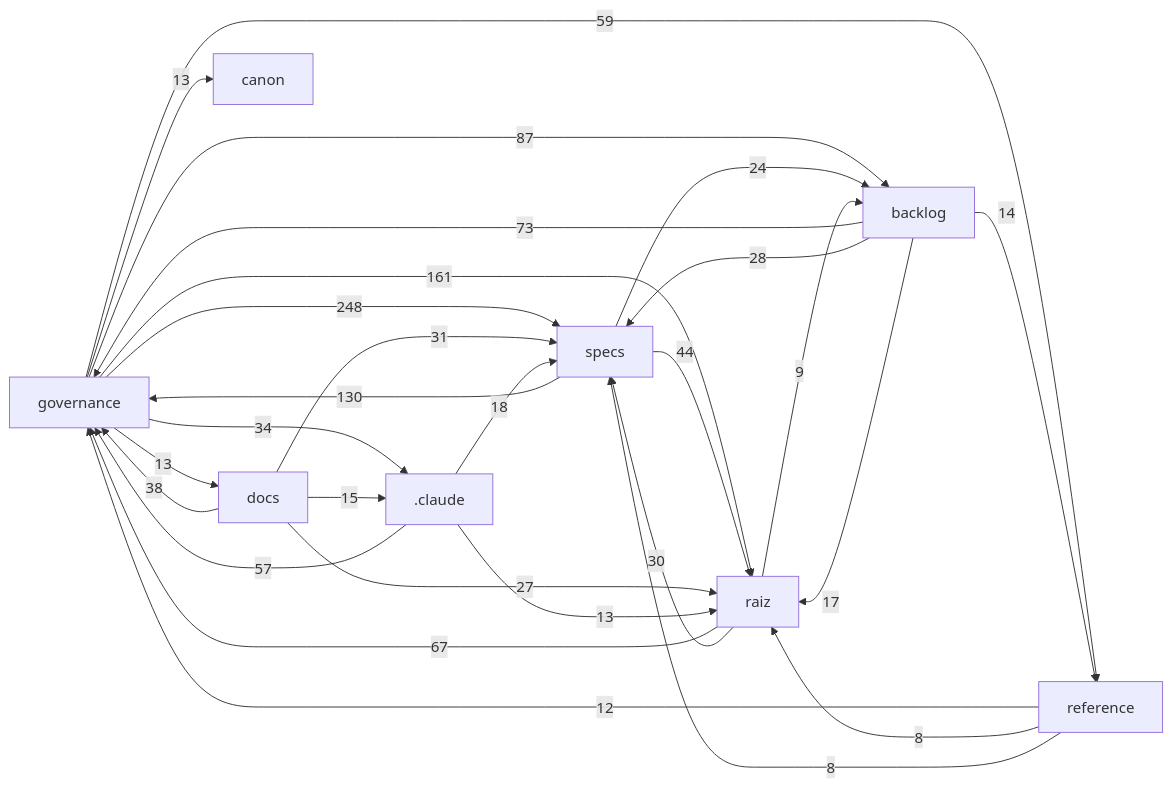
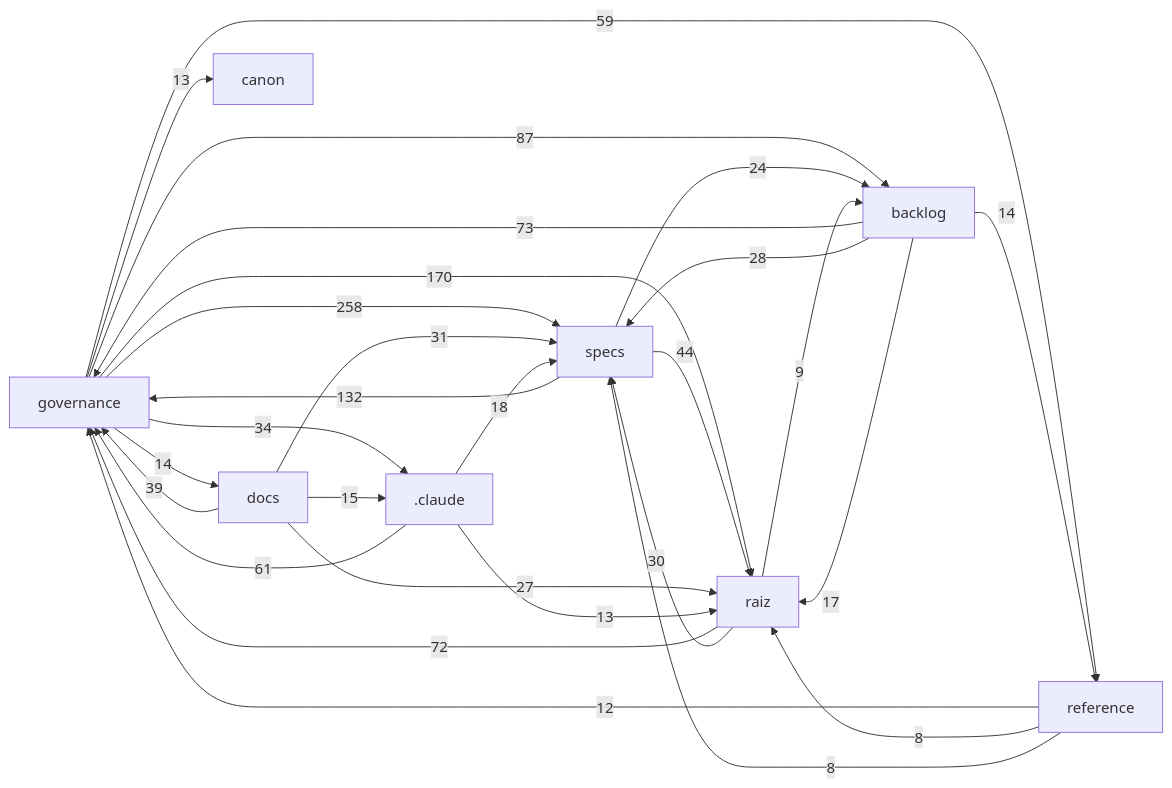
The diagram in docs/mapa/MAPA-PROJETO.md (Andraus35/Sistema-Operacional-de-Trading--SOT), drawn with Mermaid before and after one commit. The commit also changed other lines of this file and 19 other files, not shown here.

````diff
--- a/docs/mapa/MAPA-PROJETO.md
+++ b/docs/mapa/MAPA-PROJETO.md
@@ -30,30 +30,30 @@
 ```mermaid
 flowchart LR
-  governance["governance"] -->|248| specs["specs"]
-  governance["governance"] -->|161| raiz["raiz"]
-  specs["specs"] -->|130| governance["governance"]
+  governance["governance"] -->|258| specs["specs"]
+  governance["governance"] -->|170| raiz["raiz"]
+  specs["specs"] -->|132| governance["governance"]
   governance["governance"] -->|87| backlog["backlog"]
   backlog["backlog"] -->|73| governance["governance"]
-  raiz["raiz"] -->|67| governance["governance"]
+  raiz["raiz"] -->|72| governance["governance"]
+  _claude[".claude"] -->|61| governance["governance"]
   governance["governance"] -->|59| reference["reference"]
-  _claude[".claude"] -->|57| governance["governance"]
   specs["specs"] -->|44| raiz["raiz"]
-  docs["docs"] -->|38| governance["governance"]
+  docs["docs"] -->|39| governance["governance"]
   governance["governance"] -->|34| _claude[".claude"]
   docs["docs"] -->|31| specs["specs"]
   raiz["raiz"] -->|30| specs["specs"]
   backlog["backlog"] -->|28| specs["specs"]
   docs["docs"] -->|27| raiz["raiz"]
   specs["specs"] -->|24| backlog["backlog"]
   _claude[".claude"] -->|18| specs["specs"]
   backlog["backlog"] -->|17| raiz["raiz"]
   docs["docs"] -->|15| _claude[".claude"]
   backlog["backlog"] -->|14| reference["reference"]
+  governance["governance"] -->|14| docs["docs"]
   _claude[".claude"] -->|13| raiz["raiz"]
-  governance["governance"] -->|13| docs["docs"]
   governance["governance"] -->|13| canon["canon"]
   reference["reference"] -->|12| governance["governance"]
   raiz["raiz"] -->|9| backlog["backlog"]
   reference["reference"] -->|8| raiz["raiz"]
   reference["reference"] -->|8| specs["specs"]
 ```
````
